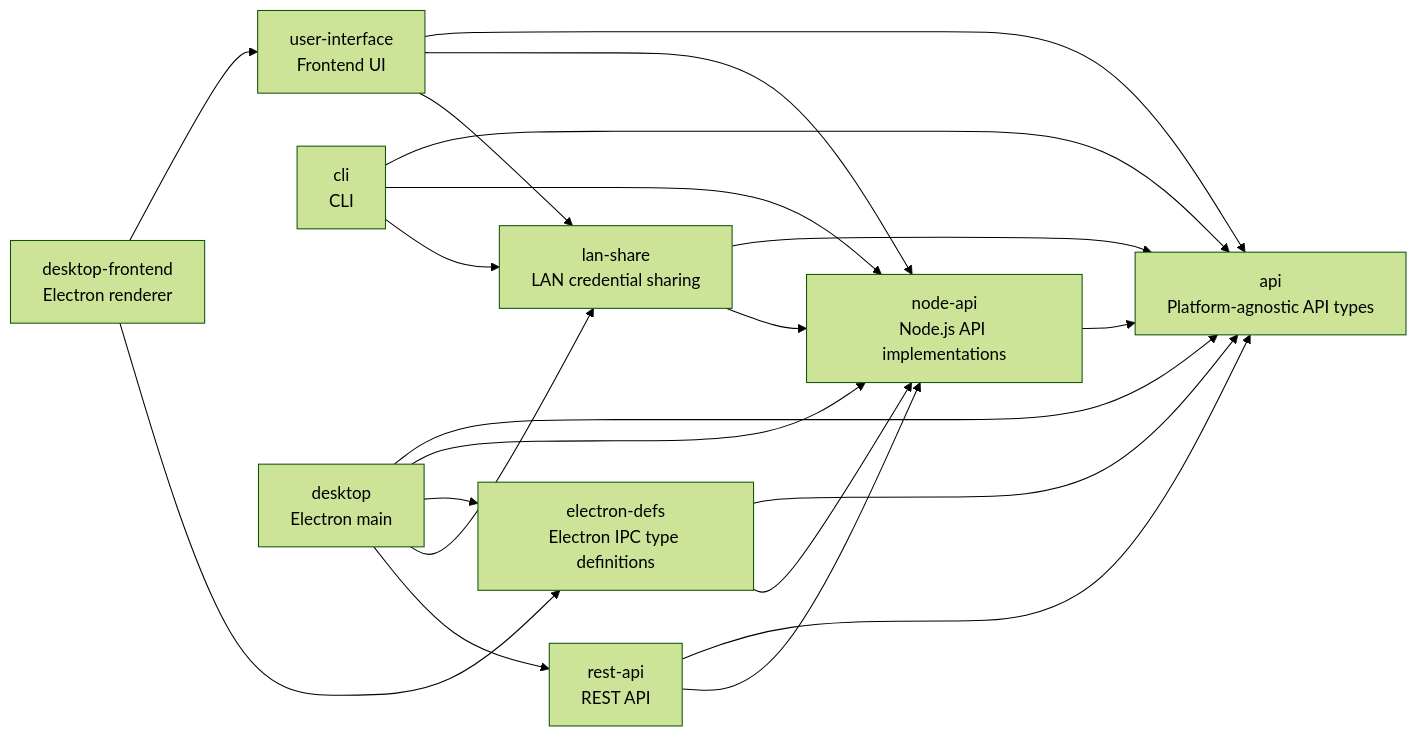
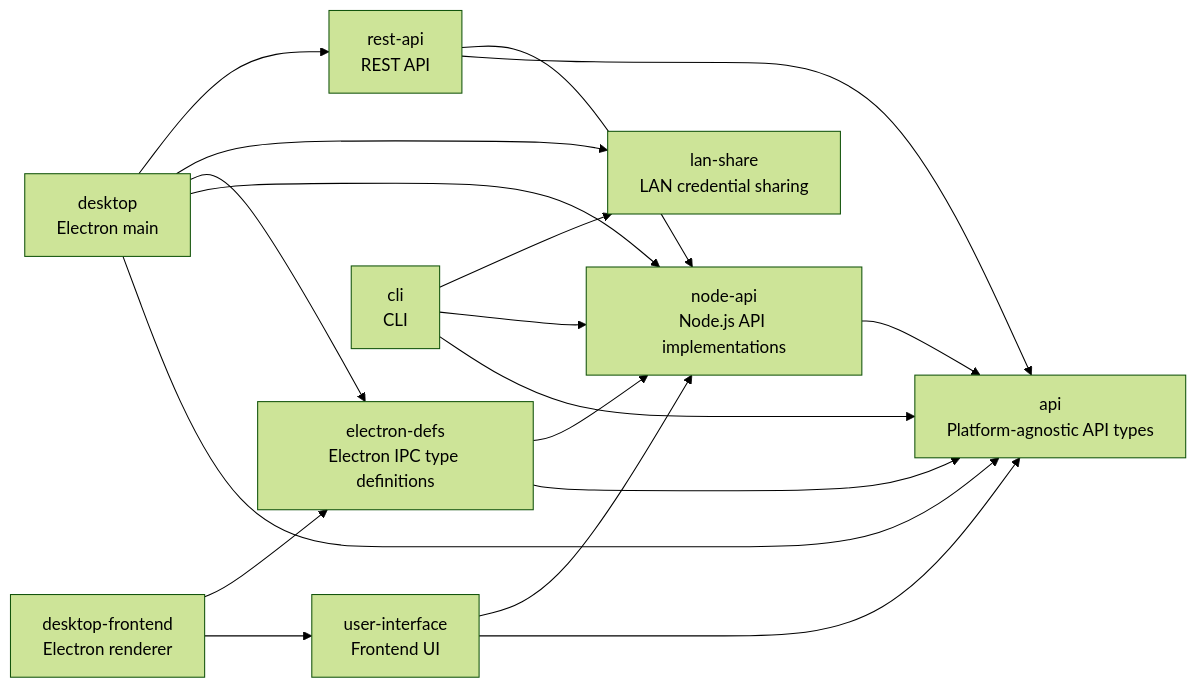
The diagram in docs/dependencies.md (ashleydavis/photosphere), drawn with Mermaid (forest theme) before and after one commit. The commit also changed 21 other files, not shown here.

````diff
--- a/docs/dependencies.md
+++ b/docs/dependencies.md
@@ -3,21 +3,20 @@
 ```mermaid
 flowchart LR
     edefs["electron-defs<br/>Electron IPC type definitions"]
     lanshare["lan-share<br/>LAN credential sharing"]
     api["api<br/>Platform-agnostic API types"]
     nodeapi["node-api<br/>Node.js API implementations"]
     restapi["rest-api<br/>REST API"]
     ui["user-interface<br/>Frontend UI"]
     cli["cli<br/>CLI"]
     desktop["desktop<br/>Electron main"]
     desktopfe["desktop-frontend<br/>Electron renderer"]
 
     nodeapi --> api
-    lanshare --> api & nodeapi
     edefs --> api & nodeapi
     restapi --> api & nodeapi
-    ui --> api & nodeapi & lanshare
+    ui --> api & nodeapi
     cli --> api & nodeapi & lanshare
     desktop --> api & nodeapi & edefs & lanshare & restapi
     desktopfe --> ui & edefs
 ```
````
